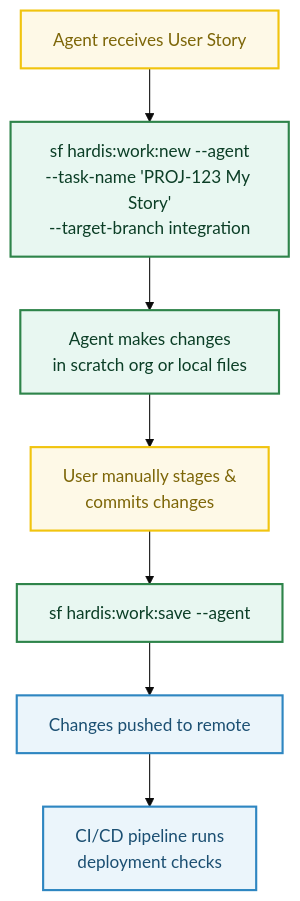
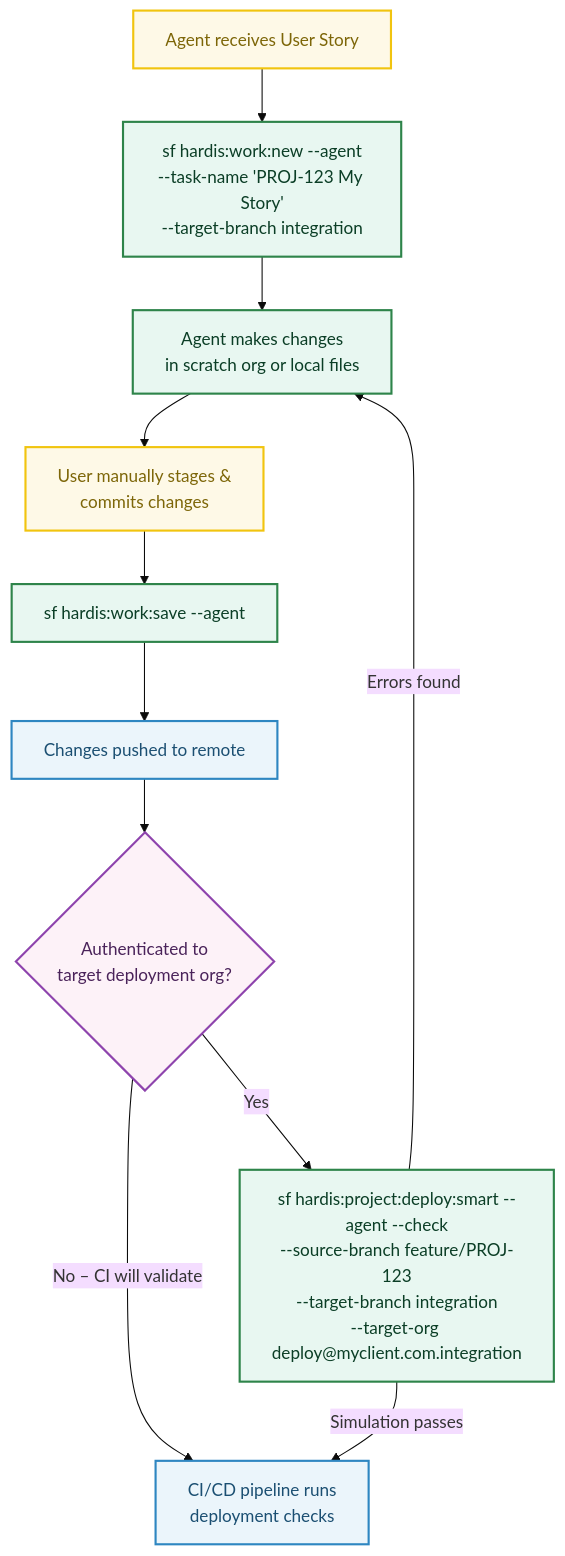
Before and after one commit to hardisgroupcom/sfdx-hardis: the diagram in docs/salesforce-ci-cd-agent-skills.md, drawn with Mermaid (base theme). The commit also changed other lines of this file and 67 other files, not shown here.

First line of the commit message:
Deployment actions management + Simulate deployment + More agent activation (#1871)

````diff
--- a/docs/salesforce-ci-cd-agent-skills.md
+++ b/docs/salesforce-ci-cd-agent-skills.md
@@ -185,17 +198,23 @@
 ```mermaid
 graph TD
   A[Agent receives User Story] --> B["sf hardis:work:new --agent<br/>--task-name 'PROJ-123 My Story'<br/>--target-branch integration"]
   B --> C["Agent makes changes<br/>in scratch org or local files"]
   C --> D["User manually stages &<br/>commits changes"]
   D --> E["sf hardis:work:save --agent"]
   E --> F[Changes pushed to remote]
-  F --> G["CI/CD pipeline runs<br/>deployment checks"]
+  F --> G{Authenticated to<br/>target deployment org?}
+  G -->|Yes| H["sf hardis:project:deploy:smart --agent --check<br/>--source-branch feature/PROJ-123<br/>--target-branch integration<br/>--target-org deploy@myclient.com.integration"]
+  G -->|No – CI will validate| I["CI/CD pipeline runs<br/>deployment checks"]
+  H -->|Simulation passes| I
+  H -->|Errors found| C
 
   classDef agent fill:#E8F7F1,stroke:#2E844A,stroke-width:2px,color:#0B3E26;
   classDef cicd fill:#EBF5FB,stroke:#2E86C1,stroke-width:2px,color:#1B4F72;
   classDef user fill:#FEF9E7,stroke:#F1C40F,stroke-width:2px,color:#7D6608;
+  classDef decision fill:#FDF2F8,stroke:#8E44AD,stroke-width:2px,color:#4A235A;
 
   class A,D user;
-  class B,C,E agent;
-  class F,G cicd;
+  class B,C,E,H agent;
+  class F,I cicd;
+  class G decision;
 ```
````
